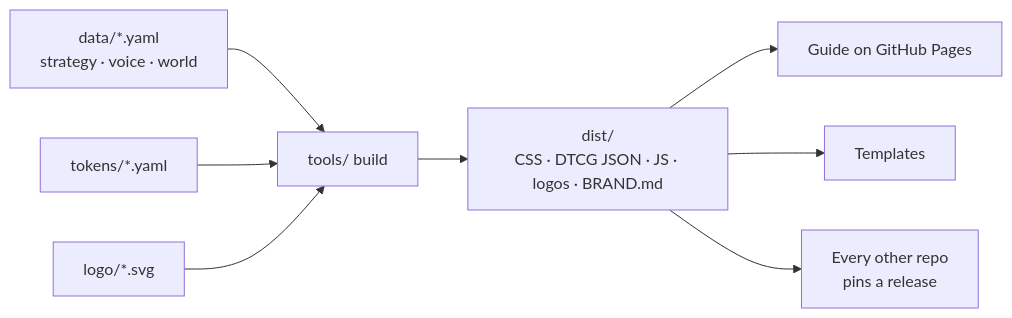
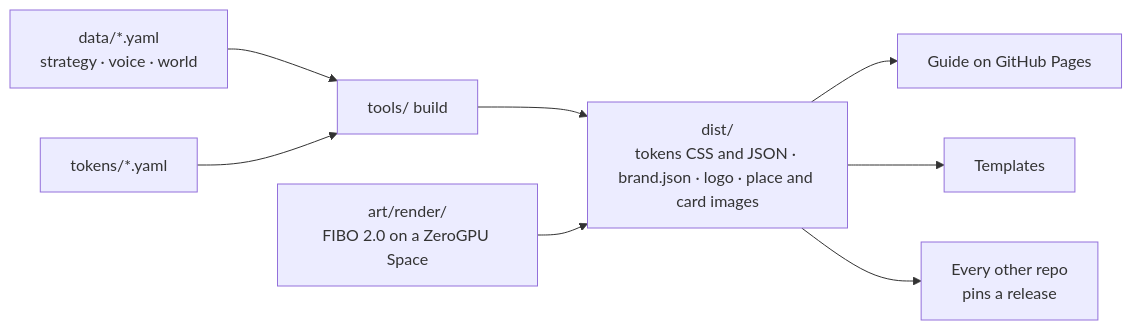
The diagram in README.md (Colorado-Startups/brand), drawn with Mermaid before and after one commit. The commit also changed other lines of this file and 45 other files, not shown here.

````diff
--- a/README.md
+++ b/README.md
@@ -5,10 +5,10 @@
 ```mermaid
 flowchart LR
   D[data/*.yaml<br/>strategy · voice · world] --> B[tools/ build]
   T[tokens/*.yaml] --> B
-  L[logo/*.svg] --> B
-  B --> X[dist/<br/>CSS · DTCG JSON · JS · logos · BRAND.md]
+  B --> X[dist/<br/>tokens CSS and JSON · brand.json · logo · place and card images]
+  A[art/render/<br/>FIBO 2.0 on a ZeroGPU Space] --> X
   X --> G[Guide on GitHub Pages]
   X --> P[Templates]
   X --> C[Every other repo<br/>pins a release]
 ```
````
